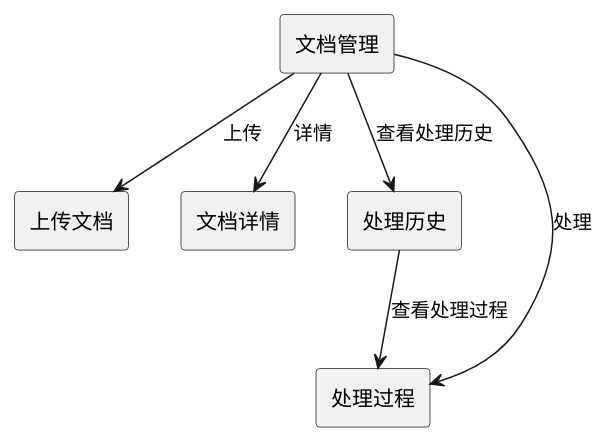
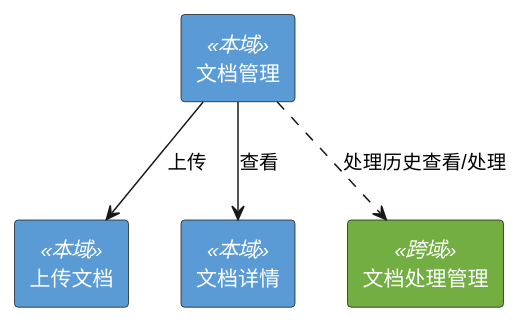
Before and after one commit to JazGung/knowlebase: the second of 2 diagrams in 文档管理/1.requirement.md, drawn with PlantUML. The commit also changed other lines of this file and 9 other files, not shown here.

````diff
--- a/文档管理/1.requirement.md
+++ b/文档管理/1.requirement.md
@@ -32,18 +20,24 @@
 ```puml
 @startuml
-rectangle "文档管理" as DocumentManagement
+skinparam rectangle {
+  BackgroundColor<<本域>> #5B9BD5
+  FontColor<<本域>> white
+  StereotypeFontColor<<本域>> white
+  BackgroundColor<<跨域>> #73AE42
+  FontColor<<跨域>> white
+  StereotypeFontColor<<跨域>> white
+}
+
+rectangle "文档管理" <<本域>> as DocumentManagement
 
 together {
-    rectangle "上传文档" as DocumentUpload
-    rectangle "文档详情" as DocumentDetail
-    rectangle "处理历史" as ProcessingHistory
-    rectangle "处理过程" as ProcessingStatus
+    rectangle "上传文档" <<本域>> as DocumentUpload
+    rectangle "文档详情" <<本域>> as DocumentDetail
+    rectangle "文档处理管理" <<跨域>> as ProcessingModule
 }
 
 DocumentManagement -d-> DocumentUpload: 上传
-DocumentManagement -d-> DocumentDetail: 详情
-DocumentManagement -d-> ProcessingStatus: 处理
-DocumentManagement -d-> ProcessingHistory: 查看处理历史
-ProcessingHistory -d-> ProcessingStatus: 查看处理过程
+DocumentManagement -d-> DocumentDetail: 查看
+DocumentManagement ..> ProcessingModule: 处理历史查看/处理
 @enduml
 ```
````
